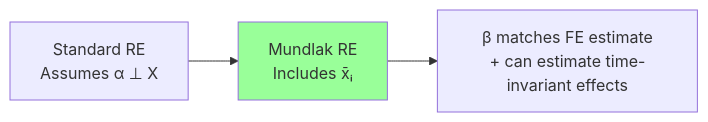
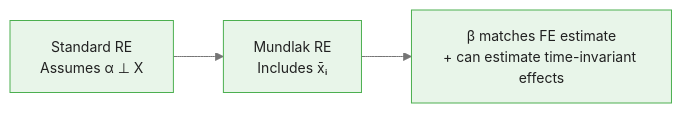
One commit to m-deane/course-creator changed the third of 4 diagrams in courses/panel-regression/modules/module_03_random_effects/guides/01_random_effects_model_slides.md. Above: the diagram before and after it, drawn with Mermaid. The commit also changed other lines of this file and 79 other files, not shown here.

````diff
--- a/courses/panel-regression/modules/module_03_random_effects/guides/01_random_effects_model_slides.md
+++ b/courses/panel-regression/modules/module_03_random_effects/guides/01_random_effects_model_slides.md
@@ -237,7 +275,6 @@
 ```mermaid
+%%{init: {"theme": "base", "themeVariables": {"primaryColor": "#e8f5e9", "primaryBorderColor": "#4caf50", "primaryTextColor": "#212121", "secondaryColor": "#e3f2fd", "tertiaryColor": "#fff8e1", "lineColor": "#757575", "fontFamily": "Inter, sans-serif", "fontSize": "14px"}}}%%
 flowchart LR
     RE["Standard RE<br/>Assumes α ⊥ X"] --> MUNDLAK["Mundlak RE<br/>Includes x̄ᵢ"]
     MUNDLAK --> RESULT["β matches FE estimate<br/>+ can estimate time-invariant effects"]
-
-    style MUNDLAK fill:#9f9
 ```
````
